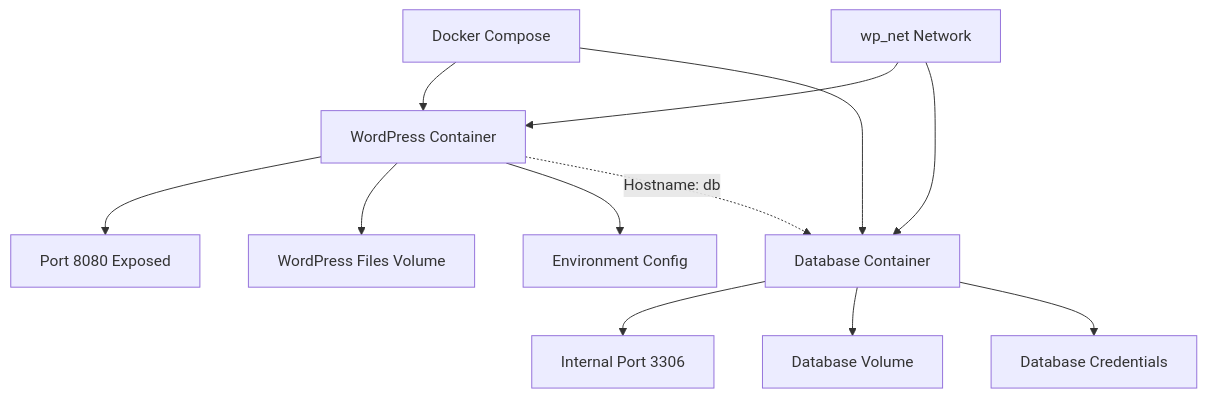
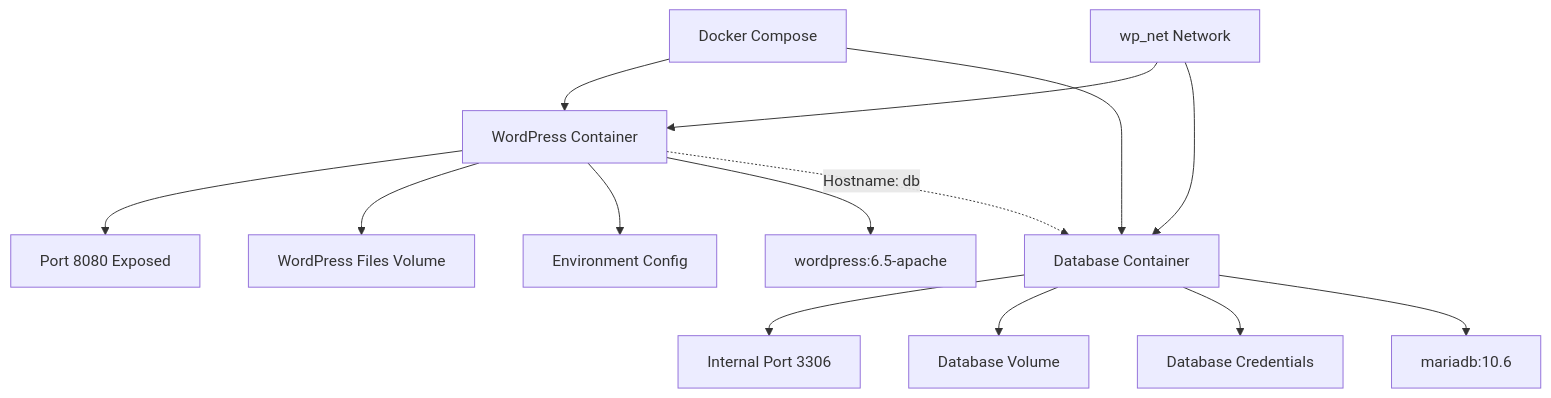
The fourth of 9 diagrams in docs/projects/wordpress.md (4gh0rn/dev-blog), drawn with Mermaid before and after one commit. The commit also changed other lines of this file, not shown here.

Commit message:
Update WordPress documentation: add container details for WordPress 6.5-apache and MariaDB 10.6, enhance service communication section, and streamline best practices for clarity and relevance.

````diff
--- a/docs/projects/wordpress.md
+++ b/docs/projects/wordpress.md
@@ -148,18 +148,20 @@
 ```mermaid
 graph TB
     A[Docker Compose] --> B[WordPress Container]
     A --> C[Database Container]
     
     B --> B1[Port 8080 Exposed]
     B --> B2[WordPress Files Volume]
     B --> B3[Environment Config]
+    B --> B4[wordpress:6.5-apache]
     
     C --> C1[Internal Port 3306]
     C --> C2[Database Volume]
     C --> C3[Database Credentials]
+    C --> C4[mariadb:10.6]
     
     B -.->|Hostname: db| C
     
     D[wp_net Network] --> B
     D --> C
 ```
````
